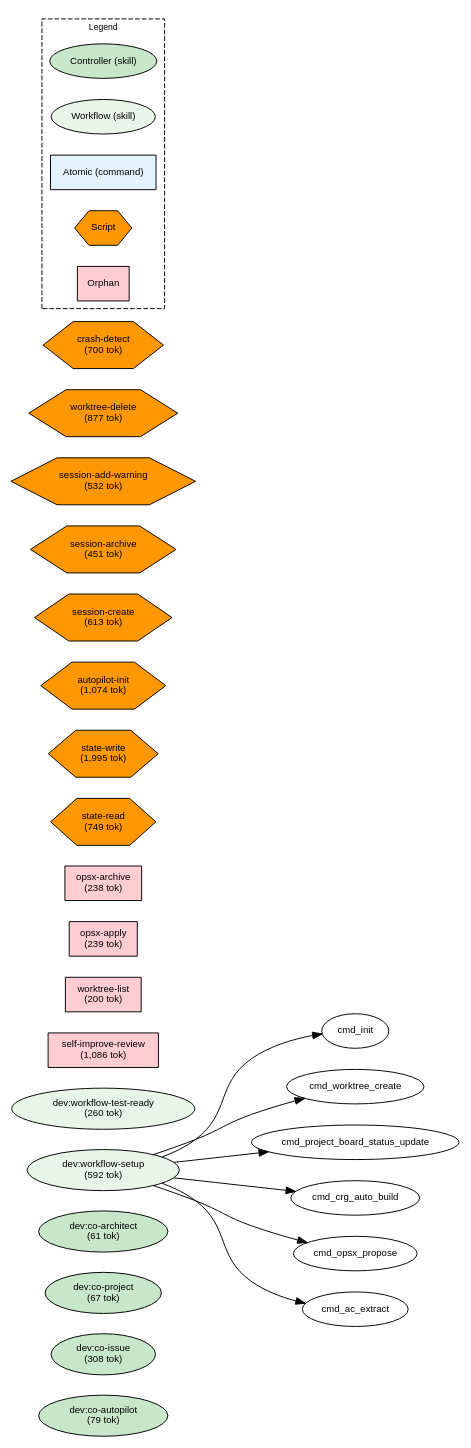
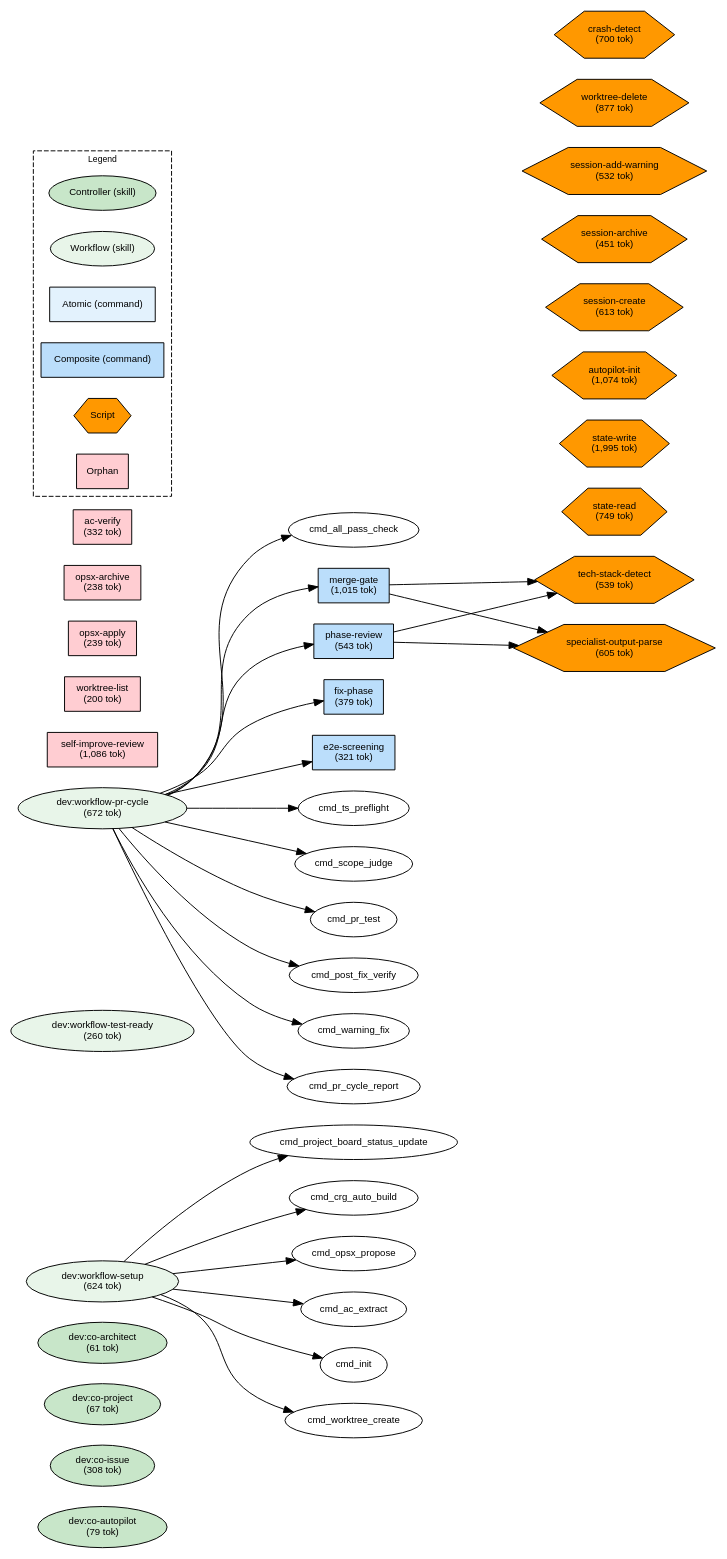
The diagram in plugins/dev/docs/deps.dot (shuu5/twill), drawn with Graphviz before and after one commit. The commit also changed 35 other files, not shown here.

First line of the commit message:
feat: B-5 workflow-pr-cycle + merge-gate chain-driven 再構築 (#27)

```diff
--- a/plugins/dev/docs/deps.dot
+++ b/plugins/dev/docs/deps.dot
@@ -1,71 +1,96 @@
 digraph Dependencies {
     // Graph settings
     rankdir=LR;
     ranksep=0.8;
     nodesep=0.3;
     fontname="Helvetica";
     node [fontname="Helvetica", fontsize=10];
     edge [fontname="Helvetica", fontsize=9];
 
     // L0: Controller Skills
     skill_co_autopilot [label="dev:co-autopilot\n(79 tok)", shape=ellipse, style=filled, fillcolor="#c8e6c9"];
     skill_co_issue [label="dev:co-issue\n(308 tok)", shape=ellipse, style=filled, fillcolor="#c8e6c9"];
     skill_co_project [label="dev:co-project\n(67 tok)", shape=ellipse, style=filled, fillcolor="#c8e6c9"];
     skill_co_architect [label="dev:co-architect\n(61 tok)", shape=ellipse, style=filled, fillcolor="#c8e6c9"];
 
     // L0: Launchers
 
     // L0.5: Workflow Skills
-    skill_workflow_setup [label="dev:workflow-setup\n(592 tok)", shape=ellipse, style=filled, fillcolor="#e8f5e9"];
+    skill_workflow_setup [label="dev:workflow-setup\n(624 tok)", shape=ellipse, style=filled, fillcolor="#e8f5e9"];
     skill_workflow_test_ready [label="dev:workflow-test-ready\n(260 tok)", shape=ellipse, style=filled, fillcolor="#e8f5e9"];
+    skill_workflow_pr_cycle [label="dev:workflow-pr-cycle\n(672 tok)", shape=ellipse, style=filled, fillcolor="#e8f5e9"];
 
     // Reference Skills
 
     // L1: Direct Commands
+    cmd_phase_review [label="phase-review\n(543 tok)", shape=box, style=filled, fillcolor="#bbdefb"];
+    cmd_fix_phase [label="fix-phase\n(379 tok)", shape=box, style=filled, fillcolor="#bbdefb"];
+    cmd_e2e_screening [label="e2e-screening\n(321 tok)", shape=box, style=filled, fillcolor="#bbdefb"];
+    cmd_merge_gate [label="merge-gate\n(1,015 tok)", shape=box, style=filled, fillcolor="#bbdefb"];
 
     // L2: Sub Commands
     cmd_self_improve_review [label="self-improve-review\n(1,086 tok)", shape=box, style=filled, fillcolor="#ffcdd2"];
     cmd_worktree_list [label="worktree-list\n(200 tok)", shape=box, style=filled, fillcolor="#ffcdd2"];
     cmd_opsx_apply [label="opsx-apply\n(239 tok)", shape=box, style=filled, fillcolor="#ffcdd2"];
     cmd_opsx_archive [label="opsx-archive\n(238 tok)", shape=box, style=filled, fillcolor="#ffcdd2"];
+    cmd_ac_verify [label="ac-verify\n(332 tok)", shape=box, style=filled, fillcolor="#ffcdd2"];
 
     // L3: Agents
 
     // L3.5: Scripts
     script_state_read [label="state-read\n(749 tok)", shape=hexagon, style=filled, fillcolor="#FF9800"];
     script_state_write [label="state-write\n(1,995 tok)", shape=hexagon, style=filled, fillcolor="#FF9800"];
     script_autopilot_init [label="autopilot-init\n(1,074 tok)", shape=hexagon, style=filled, fillcolor="#FF9800"];
     script_session_create [label="session-create\n(613 tok)", shape=hexagon, style=filled, fillcolor="#FF9800"];
     script_session_archive [label="session-archive\n(451 tok)", shape=hexagon, style=filled, fillcolor="#FF9800"];
     script_session_add_warning [label="session-add-warning\n(532 tok)", shape=hexagon, style=filled, fillcolor="#FF9800"];
     script_worktree_delete [label="worktree-delete\n(877 tok)", shape=hexagon, style=filled, fillcolor="#FF9800"];
     script_crash_detect [label="crash-detect\n(700 tok)", shape=hexagon, style=filled, fillcolor="#FF9800"];
+    script_tech_stack_detect [label="tech-stack-detect\n(539 tok)", shape=hexagon, style=filled, fillcolor="#FF9800"];
+    script_specialist_output_parse [label="specialist-output-parse\n(605 tok)", shape=hexagon, style=filled, fillcolor="#FF9800"];
 
     // L4: External
 
     // Layer constraints
     { rank=same; skill_co_autopilot; skill_co_issue; skill_co_project; skill_co_architect; }
-    { rank=same; skill_workflow_setup; skill_workflow_test_ready; }
-    { rank=same; cmd_self_improve_review; cmd_worktree_list; cmd_opsx_apply; cmd_opsx_archive; }
-    { rank=same; script_state_read; script_state_write; script_autopilot_init; script_session_create; script_session_archive; script_session_add_warning; script_worktree_delete; script_crash_detect; }
+    { rank=same; skill_workflow_setup; skill_workflow_test_ready; skill_workflow_pr_cycle; }
+    { rank=same; cmd_phase_review; cmd_fix_phase; cmd_e2e_screening; cmd_merge_gate; }
+    { rank=same; cmd_self_improve_review; cmd_worktree_list; cmd_opsx_apply; cmd_opsx_archive; cmd_ac_verify; }
+    { rank=same; script_state_read; script_state_write; script_autopilot_init; script_session_create; script_session_archive; script_session_add_warning; script_worktree_delete; script_crash_detect; script_tech_stack_detect; script_specialist_output_parse; }
 
     // Edges
     skill_workflow_setup -> cmd_init;
     skill_workflow_setup -> cmd_worktree_create;
     skill_workflow_setup -> cmd_project_board_status_update;
     skill_workflow_setup -> cmd_crg_auto_build;
     skill_workflow_setup -> cmd_opsx_propose;
     skill_workflow_setup -> cmd_ac_extract;
+    skill_workflow_pr_cycle -> cmd_ts_preflight;
+    skill_workflow_pr_cycle -> cmd_phase_review;
+    skill_workflow_pr_cycle -> cmd_scope_judge;
+    skill_workflow_pr_cycle -> cmd_pr_test;
+    skill_workflow_pr_cycle -> cmd_fix_phase;
+    skill_workflow_pr_cycle -> cmd_post_fix_verify;
+    skill_workflow_pr_cycle -> cmd_warning_fix;
+    skill_workflow_pr_cycle -> cmd_e2e_screening;
+    skill_workflow_pr_cycle -> cmd_pr_cycle_report;
+    skill_workflow_pr_cycle -> cmd_all_pass_check;
+    skill_workflow_pr_cycle -> cmd_merge_gate;
+    cmd_phase_review -> script_specialist_output_parse;
+    cmd_phase_review -> script_tech_stack_detect;
+    cmd_merge_gate -> script_specialist_output_parse;
+    cmd_merge_gate -> script_tech_stack_detect;
 
     // Legend
     subgraph cluster_legend {
         label="Legend";
         fontsize=9;
         style=dashed;
         legend_controller [label="Controller (skill)", shape=ellipse, style=filled, fillcolor="#c8e6c9"];
         legend_workflow [label="Workflow (skill)", shape=ellipse, style=filled, fillcolor="#e8f5e9"];
         legend_atomic [label="Atomic (command)", shape=box, style=filled, fillcolor="#e3f2fd"];
+        legend_composite [label="Composite (command)", shape=box, style=filled, fillcolor="#bbdefb"];
         legend_script [label="Script", shape=hexagon, style=filled, fillcolor="#FF9800"];
         legend_orphan [label="Orphan", shape=box, style=filled, fillcolor="#ffcdd2"];
     }
 }
```
